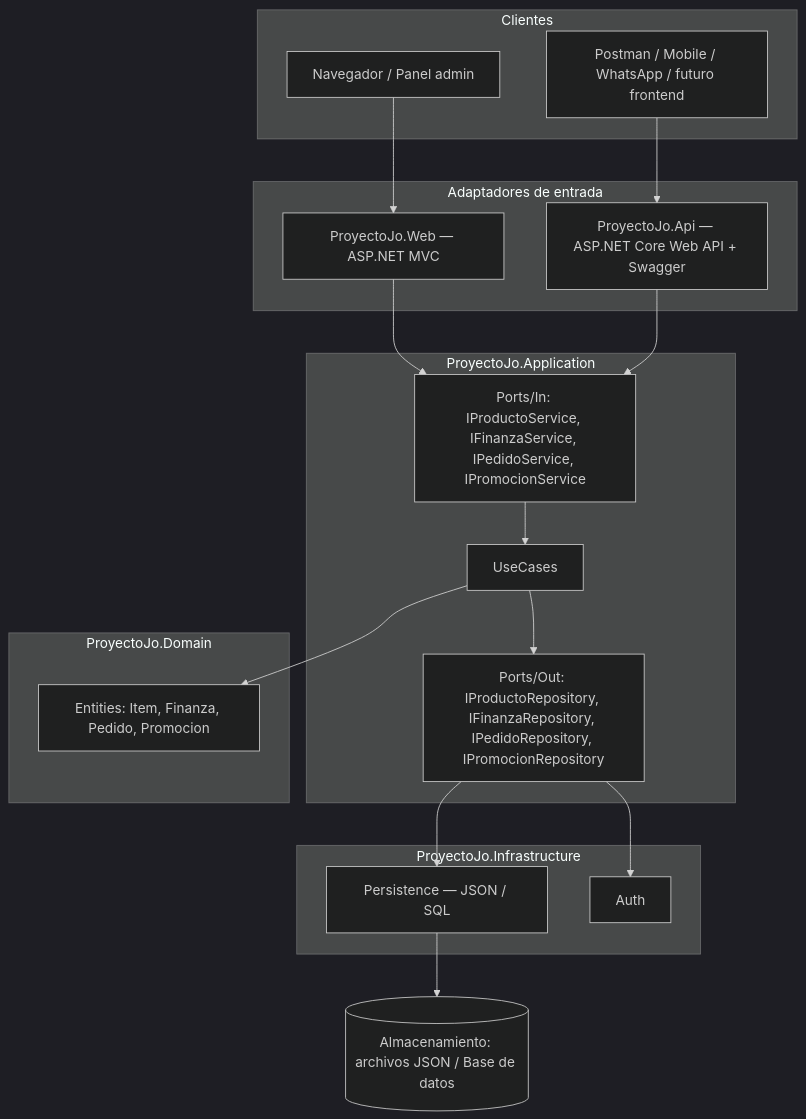
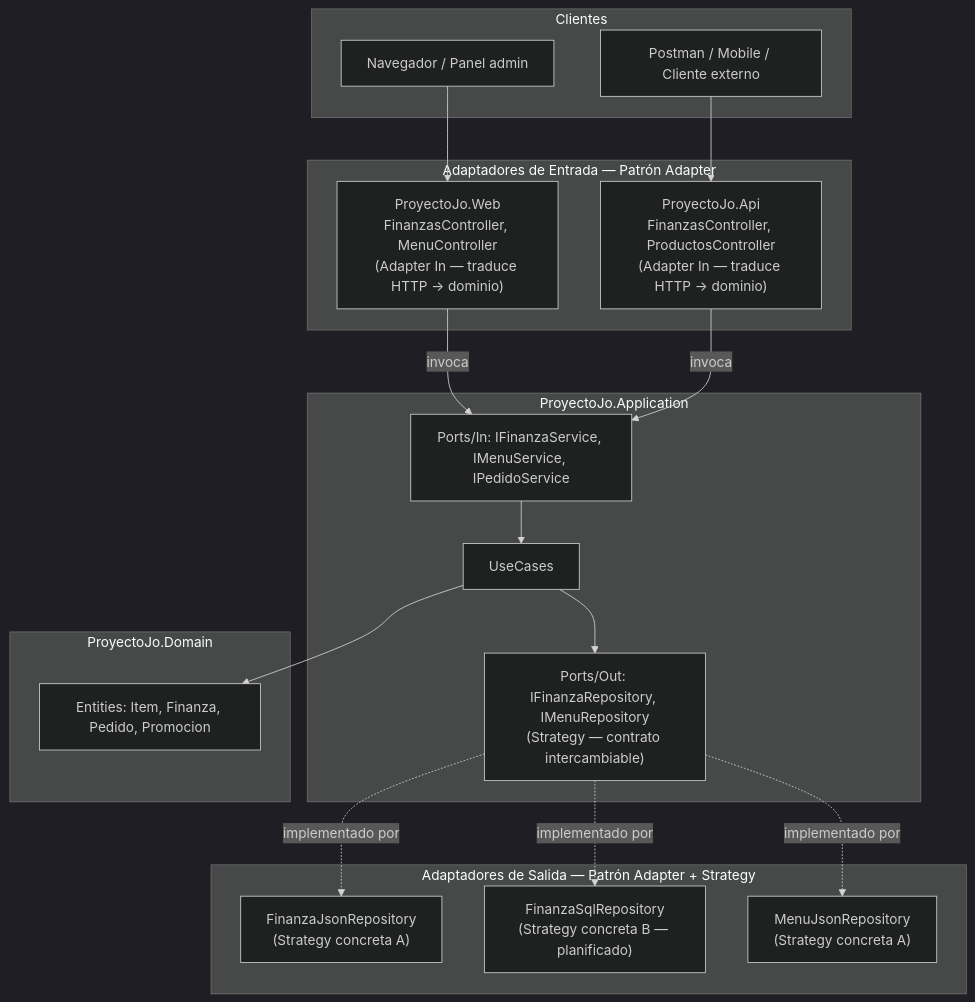
One commit to Joako601/Proyecto-Jo changed the first of 3 diagrams in ProyectoJo.Web/ADRs/ARD-05-Joaquin-Uriona.md. Above: the diagram before and after it, drawn with Mermaid (dark theme). The commit also changed other lines of this file, not shown here.

````diff
--- a/ProyectoJo.Web/ADRs/ARD-05-Joaquin-Uriona.md
+++ b/ProyectoJo.Web/ADRs/ARD-05-Joaquin-Uriona.md
@@ -104,41 +118,40 @@
 ```mermaid
-flowchart TB
+flowchart TD
 
     subgraph CLIENTES ["Clientes"]
         NAV["Navegador / Panel admin"]
-        EXT["Postman / Mobile / WhatsApp / futuro frontend"]
+        EXT["Postman / Mobile / Cliente externo"]
     end
 
-    subgraph ADAPTIN ["Adaptadores de entrada"]
-        WEB["ProyectoJo.Web — ASP.NET MVC"]
-        API["ProyectoJo.Api — ASP.NET Core Web API + Swagger"]
+    subgraph ADAPTIN ["Adaptadores de Entrada — Patrón Adapter"]
+        WEB["ProyectoJo.Web\nFinanzasController, MenuController\n(Adapter In — traduce HTTP → dominio)"]
+        API["ProyectoJo.Api\nFinanzasController, ProductosController\n(Adapter In — traduce HTTP → dominio)"]
     end
 
     subgraph APP ["ProyectoJo.Application"]
-        PIN["Ports/In: IProductoService, IFinanzaService, IPedidoService, IPromocionService"]
+        PIN["Ports/In: IFinanzaService, IMenuService, IPedidoService"]
         UC["UseCases"]
-        POUT["Ports/Out: IProductoRepository, IFinanzaRepository, IPedidoRepository, IPromocionRepository"]
+        POUT["Ports/Out: IFinanzaRepository, IMenuRepository\n(Strategy — contrato intercambiable)"]
     end
 
     subgraph DOM ["ProyectoJo.Domain"]
         ENT["Entities: Item, Finanza, Pedido, Promocion"]
     end
 
-    subgraph INFRA ["ProyectoJo.Infrastructure"]
-        PERS["Persistence — JSON / SQL"]
-        AUTH["Auth"]
+    subgraph INFRA ["Adaptadores de Salida — Patrón Adapter + Strategy"]
+        FJR["FinanzaJsonRepository\n(Strategy concreta A)"]
+        FSR["FinanzaSqlRepository\n(Strategy concreta B — planificado)"]
+        MJR["MenuJsonRepository\n(Strategy concreta A)"]
     end
-
-    DB[("Almacenamiento: archivos JSON / Base de datos")]
 
     NAV --> WEB
     EXT --> API
-    WEB --> PIN
-    API --> PIN
+    WEB -->|"invoca"| PIN
+    API -->|"invoca"| PIN
     PIN --> UC
     UC --> ENT
     UC --> POUT
-    POUT --> PERS
-    POUT --> AUTH
-    PERS --> DB
+    POUT -.->|"implementado por"| FJR
+    POUT -.->|"implementado por"| FSR
+    POUT -.->|"implementado por"| MJR
 ```
````
